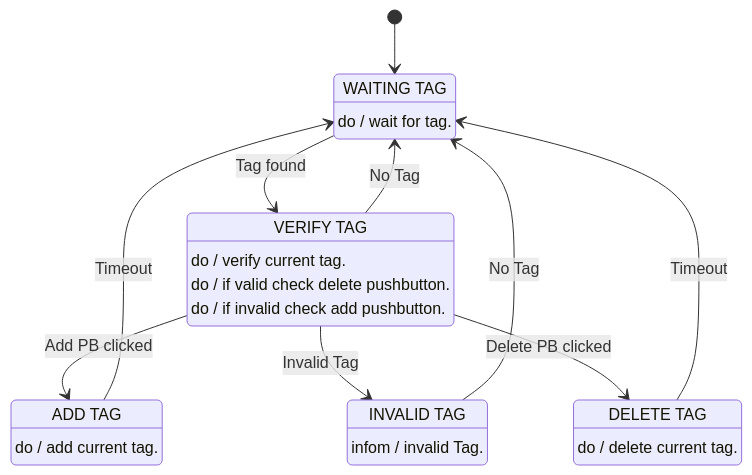
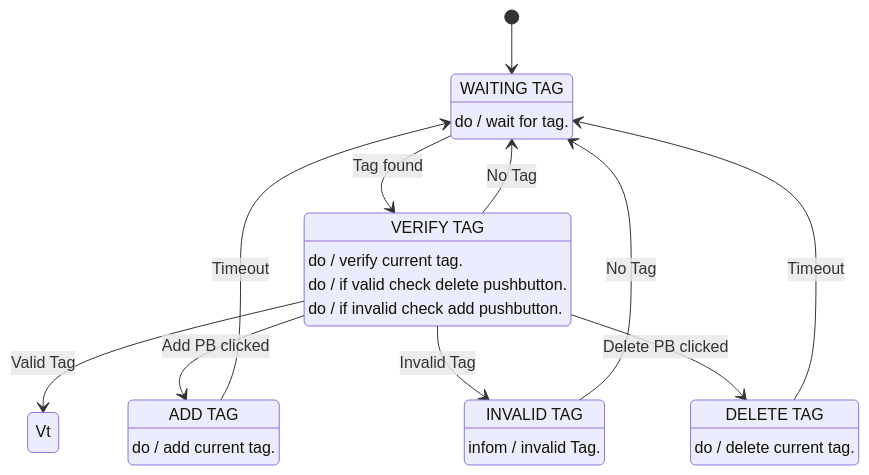
The diagram in Practica_TP.Final/README.md (RobAxt/PdM_workspace), drawn with Mermaid before and after one commit.

````diff
--- a/Practica_TP.Final/README.md
+++ b/Practica_TP.Final/README.md
@@ -26,19 +26,20 @@
 ```mermaid 
 stateDiagram-v2 
 [*] --> WT
 state "WAITING TAG" as WT: do / wait for tag.
 state "VERIFY TAG" as VT: do / verify current tag.
 VT: do / if valid check delete pushbutton.
 VT: do / if invalid check add pushbutton.
 state "INVALID TAG" as IT: infom / invalid Tag.
 state "ADD TAG" as AT: do / add current tag.
 state "DELETE TAG" as DT: do / delete current tag.
 WT --> VT : Tag found
 VT --> WT : No Tag
+VT --> Vt : Valid Tag
 VT --> AT : Add PB clicked
 AT --> WT : Timeout
 IT --> WT : No Tag
 VT --> IT : Invalid Tag
 VT --> DT : Delete PB clicked
 DT --> WT : Timeout
 ```
````
